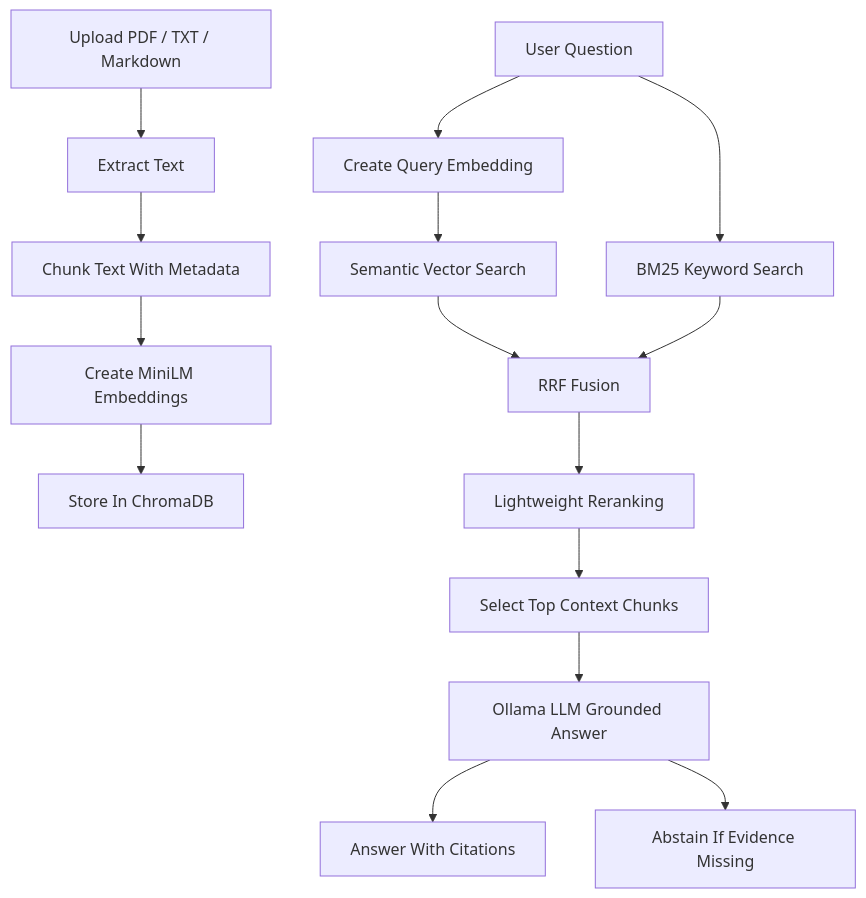
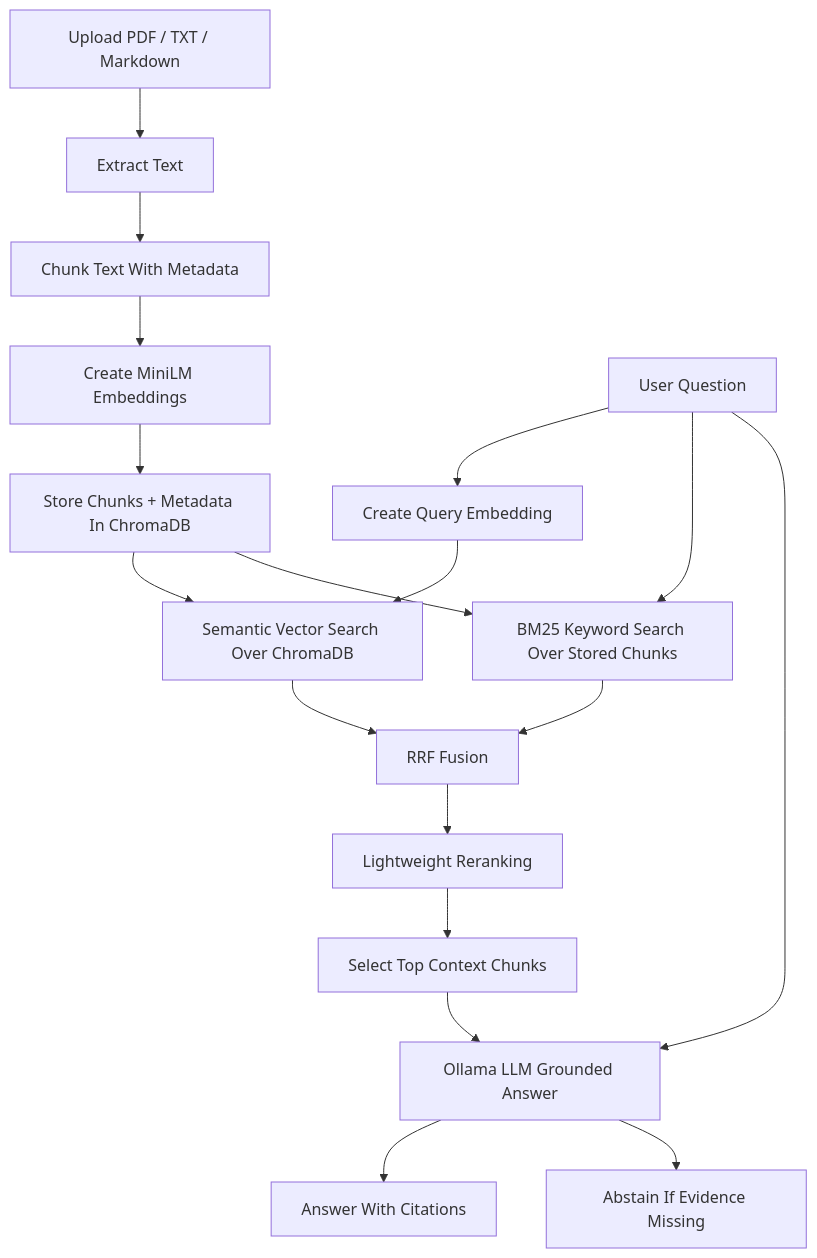
Before and after one commit to Yashu-ram/rag-knowledge-assistant: the diagram in README.md, drawn with Mermaid.

Commit message:
Clarify flowchart steps in README
Updated flowchart descriptions for clarity on storage and search processes.

````diff
--- a/README.md
+++ b/README.md
@@ -34,19 +34,24 @@
 ```mermaid
 flowchart TD
     A["Upload PDF / TXT / Markdown"] --> B["Extract Text"]
     B --> C["Chunk Text With Metadata"]
     C --> D["Create MiniLM Embeddings"]
-    D --> E["Store In ChromaDB"]
+    D --> E["Store Chunks + Metadata In ChromaDB"]
 
     F["User Question"] --> G["Create Query Embedding"]
-    G --> H["Semantic Vector Search"]
-    F --> I["BM25 Keyword Search"]
+    G --> H["Semantic Vector Search Over ChromaDB"]
+    E --> H
+
+    F --> I["BM25 Keyword Search Over Stored Chunks"]
+    E --> I
 
     H --> J["RRF Fusion"]
     I --> J
     J --> K["Lightweight Reranking"]
     K --> L["Select Top Context Chunks"]
     L --> M["Ollama LLM Grounded Answer"]
+    F --> M
+
     M --> N["Answer With Citations"]
     M --> O["Abstain If Evidence Missing"]
 ```
````
